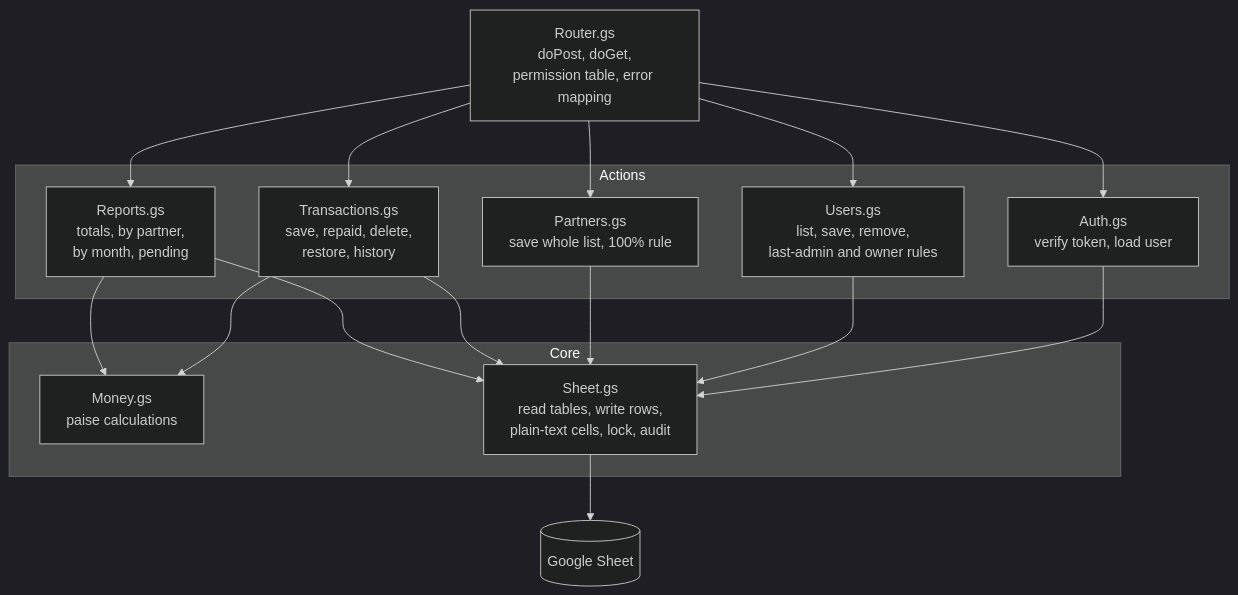
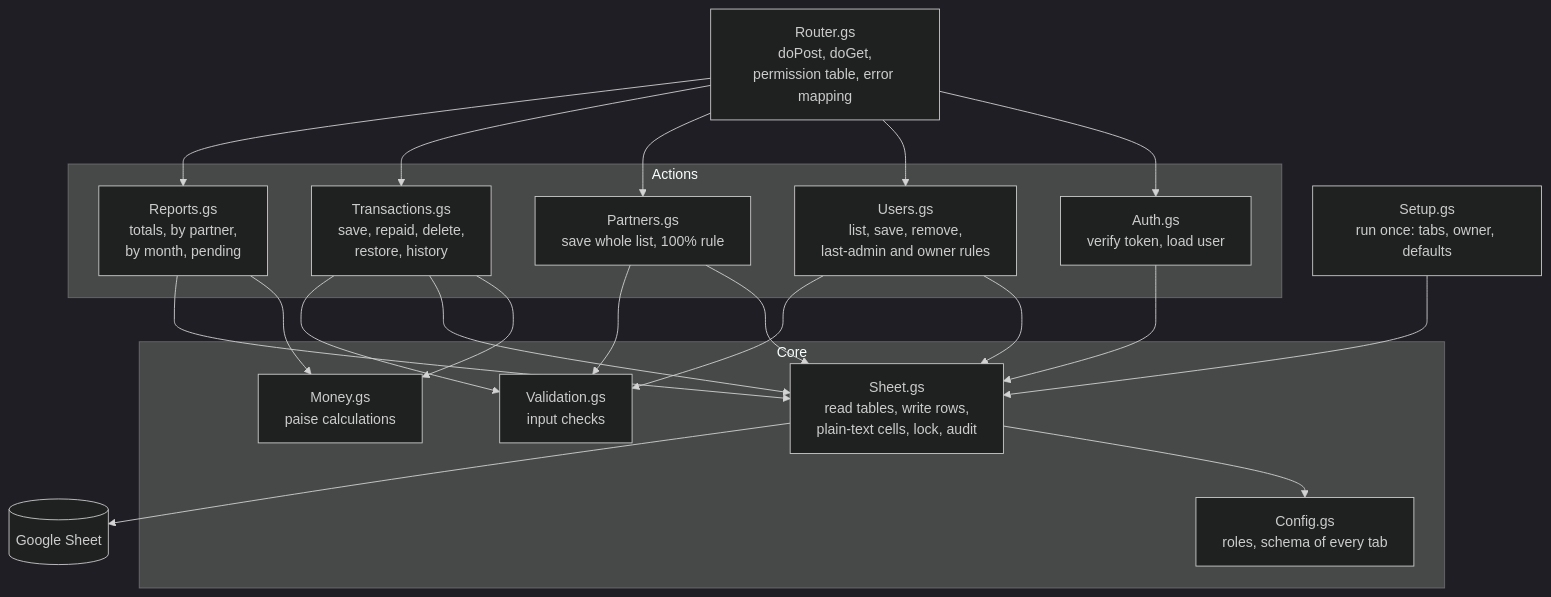
The tenth of 12 diagrams in documents/architecture.md (pankajsoni22/soni-siblings-app), drawn with Mermaid (dark theme) before and after one commit. The commit also changed 20 other files, not shown here.

````diff
--- a/documents/architecture.md
+++ b/documents/architecture.md
@@ -313,30 +313,37 @@
 ```mermaid
 flowchart TB
     entry["Router.gs<br/>doPost, doGet,<br/>permission table, error mapping"]
 
     subgraph services["Actions"]
         authm["Auth.gs<br/>verify token, load user"]
         usersm["Users.gs<br/>list, save, remove,<br/>last-admin and owner rules"]
         partnersm["Partners.gs<br/>save whole list, 100% rule"]
         txnm["Transactions.gs<br/>save, repaid, delete,<br/>restore, history"]
         reportm["Reports.gs<br/>totals, by partner,<br/>by month, pending"]
     end
 
     subgraph core["Core"]
         moneym["Money.gs<br/>paise calculations"]
+        validm["Validation.gs<br/>input checks"]
         sheetm["Sheet.gs<br/>read tables, write rows,<br/>plain-text cells, lock, audit"]
+        configm["Config.gs<br/>roles, schema of every tab"]
     end
+
+    setupm["Setup.gs<br/>run once: tabs, owner, defaults"]
 
     sheet[("Google Sheet")]
 
     entry --> authm
     entry --> usersm & partnersm & txnm & reportm
     authm --> sheetm
     usersm --> sheetm
     partnersm --> sheetm
     txnm --> moneym
     txnm --> sheetm
     reportm --> moneym
     reportm --> sheetm
+    usersm & partnersm & txnm --> validm
+    sheetm --> configm
+    setupm --> sheetm
     sheetm --> sheet
 ```
````
